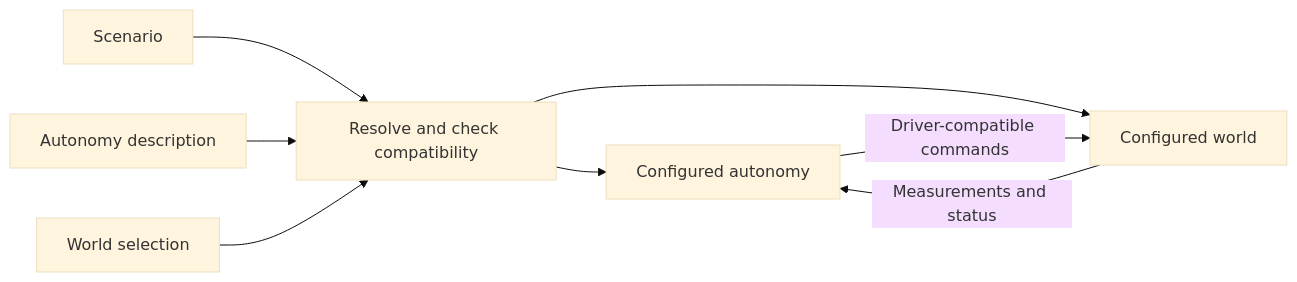
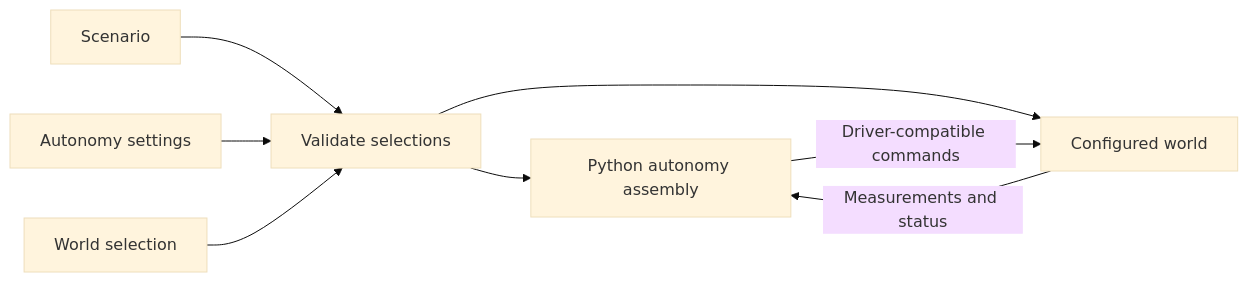
One commit to AlexandreAmice/robo_arch changed the diagram in docs/architecture.md. Above: the diagram before and after it, drawn with Mermaid (base theme). The commit also changed other lines of this file and 97 other files, not shown here.

````diff
--- a/docs/architecture.md
+++ b/docs/architecture.md
@@ -33,10 +29,10 @@
 ```mermaid
 flowchart LR
-    S[Scenario] --> C[Resolve and check compatibility]
-    A[Autonomy description] --> C
+    S[Scenario] --> C[Validate selections]
+    A[Autonomy settings] --> C
     W[World selection] --> C
-    C --> E[Configured autonomy]
+    C --> E[Python autonomy assembly]
     C --> R[Configured world]
     R -->|Measurements and status| E
     E -->|Driver-compatible commands| R
 ```
````
